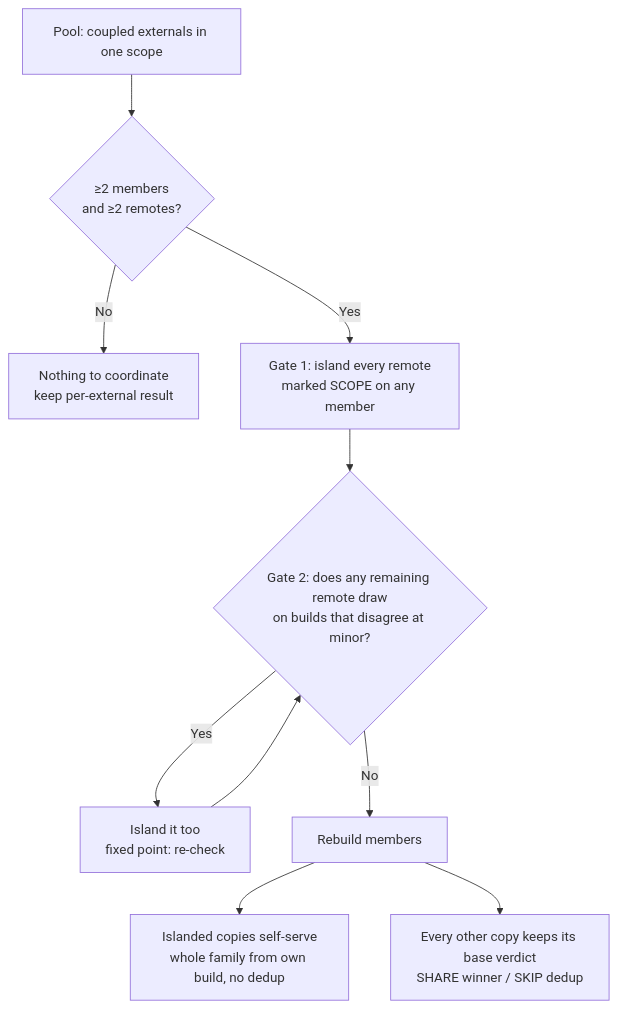
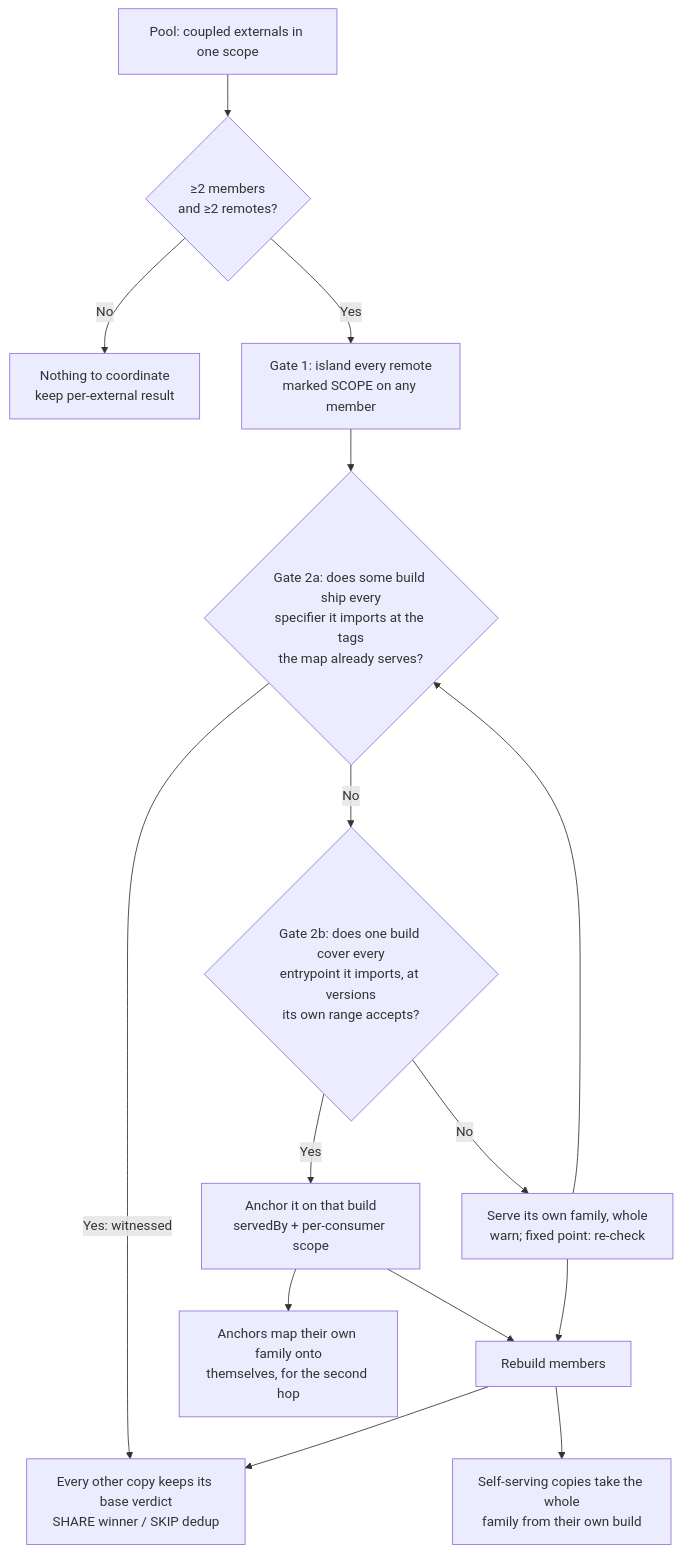
Before and after one commit to native-federation/orchestrator: the sixth of 11 diagrams in docs/version-resolver.md, drawn with Mermaid. The commit also changed other lines of this file and 2 other files, not shown here.

````diff
--- a/docs/version-resolver.md
+++ b/docs/version-resolver.md
@@ -663,12 +728,17 @@
 ```mermaid
 flowchart TD
     A[Pool: coupled externals in one scope] --> B{≥2 members<br/>and ≥2 remotes?}
     B -->|No| Z[Nothing to coordinate<br/>keep per-external result]
     B -->|Yes| C[Gate 1: island every remote<br/>marked SCOPE on any member]
-    C --> D{Gate 2: does any remaining remote draw<br/>on builds that disagree at minor?}
-    D -->|Yes| E[Island it too<br/>fixed point: re-check]
-    E --> D
-    D -->|No| F[Rebuild members]
-    F --> G[Islanded copies self-serve<br/>whole family from own build, no dedup]
+    C --> W{Gate 2a: does some build ship every<br/>specifier it imports at the tags<br/>the map already serves?}
+    W -->|Yes: witnessed| H
+    W -->|No| D{Gate 2b: does one build cover every<br/>entrypoint it imports, at versions<br/>its own range accepts?}
+    D -->|Yes| S[Anchor it on that build<br/>servedBy + per-consumer scope]
+    D -->|No| E[Serve its own family, whole<br/>warn; fixed point: re-check]
+    E --> W
+    S --> F[Rebuild members]
+    E --> F
+    F --> G[Self-serving copies take the whole<br/>family from their own build]
     F --> H[Every other copy keeps its base verdict<br/>SHARE winner / SKIP dedup]
+    S --> I[Anchors map their own family onto<br/>themselves, for the second hop]
 ```
````
